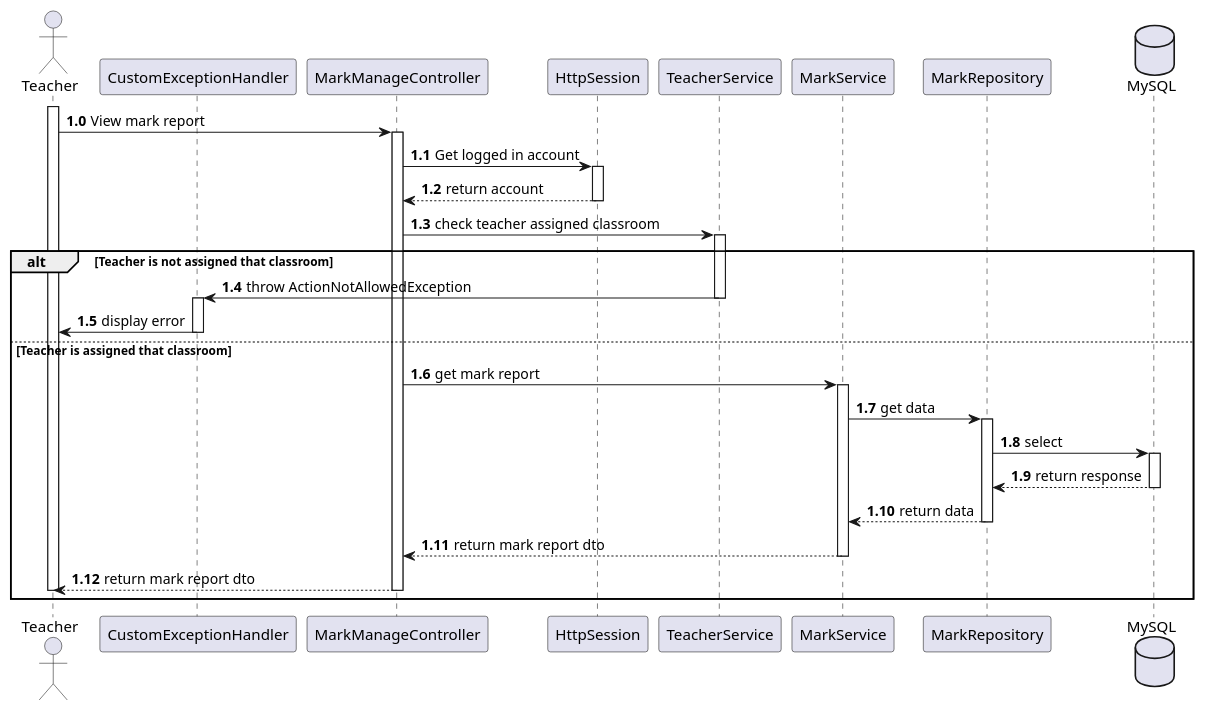
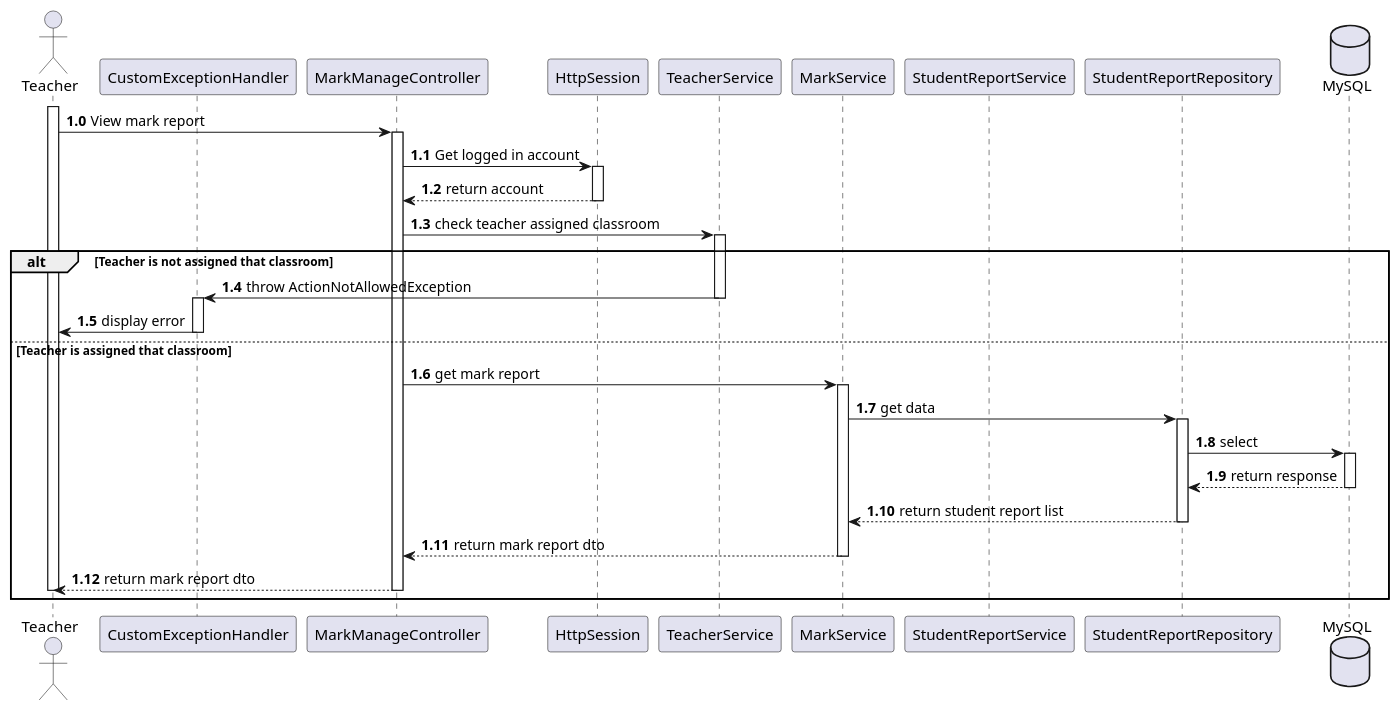
Before and after one commit to kientthe163256/student-management-fa22: the diagram in uml/teacher/mark/viewMarkReport.puml, drawn with PlantUML. The commit also changed 26 other files, not shown here.

```diff
--- a/uml/teacher/mark/viewMarkReport.puml
+++ b/uml/teacher/mark/viewMarkReport.puml
@@ -1,49 +1,50 @@
 @startuml
 Actor Teacher
 participant CustomExceptionHandler
 participant MarkManageController
 participant HttpSession
 participant TeacherService
 participant MarkService
-participant MarkRepository
+participant StudentReportService
+participant StudentReportRepository
 database MySQL
 
 autonumber 1.0
 activate Teacher
 Teacher -> MarkManageController: View mark report
 activate MarkManageController
 MarkManageController -> HttpSession: Get logged in account
 activate HttpSession
 HttpSession --> MarkManageController: return account
 deactivate HttpSession
 MarkManageController -> TeacherService: check teacher assigned classroom
 activate TeacherService
 alt Teacher is not assigned that classroom
     TeacherService -> CustomExceptionHandler: throw ActionNotAllowedException
     deactivate TeacherService
     activate CustomExceptionHandler
     CustomExceptionHandler -> Teacher: display error
     deactivate CustomExceptionHandler
 else Teacher is assigned that classroom
     MarkManageController -> MarkService: get mark report
     activate MarkService
-    MarkService -> MarkRepository: get data
-    activate MarkRepository
-    MarkRepository -> MySQL: select
+    MarkService -> StudentReportRepository: get data
+    activate StudentReportRepository
+    StudentReportRepository -> MySQL: select
     activate MySQL
-    MySQL --> MarkRepository: return response
+    MySQL --> StudentReportRepository: return response
     deactivate MySQL
-    MarkRepository --> MarkService: return data
-    deactivate MarkRepository
+    StudentReportRepository --> MarkService: return student report list
+    deactivate StudentReportRepository
     MarkService --> MarkManageController: return mark report dto
     deactivate MarkService
     MarkManageController --> Teacher: return mark report dto
     deactivate MarkManageController
     deactivate Teacher
 end
 autonumber 1.1
 
 
 
 
 @enduml
```
